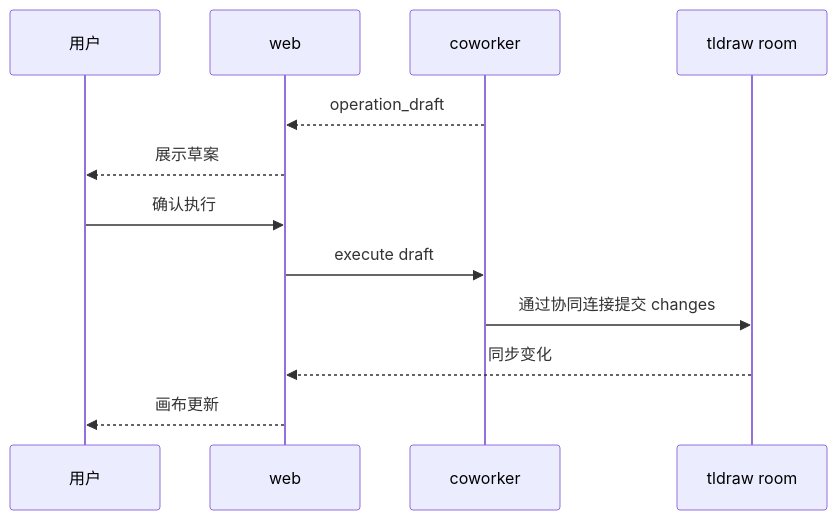
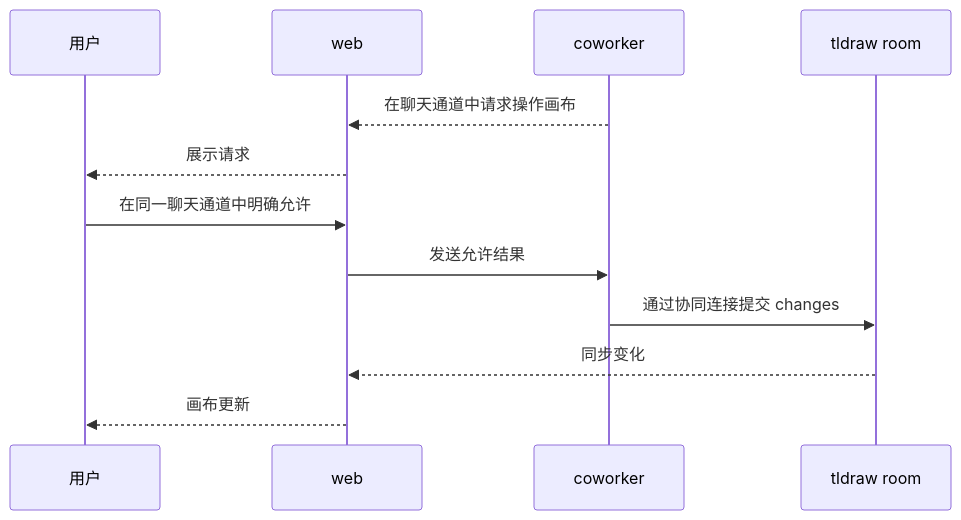
Before and after one commit to williamChen26/drawless: diagram 15 of 15 in specs/coworker-collaboration-architecture.md, drawn with Mermaid. The commit also changed other lines of this file and 11 other files, not shown here.

````diff
--- a/specs/coworker-collaboration-architecture.md
+++ b/specs/coworker-collaboration-architecture.md
@@ -913,15 +1054,15 @@
 ```mermaid
 sequenceDiagram
   participant U as 用户
   participant W as web
   participant C as coworker
   participant R as tldraw room
 
-  C-->>W: operation_draft
-  W-->>U: 展示草案
-  U->>W: 确认执行
-  W->>C: execute draft
+  C-->>W: 在聊天通道中请求操作画布
+  W-->>U: 展示请求
+  U->>W: 在同一聊天通道中明确允许
+  W->>C: 发送允许结果
   C->>R: 通过协同连接提交 changes
   R-->>W: 同步变化
   W-->>U: 画布更新
 ```
````
